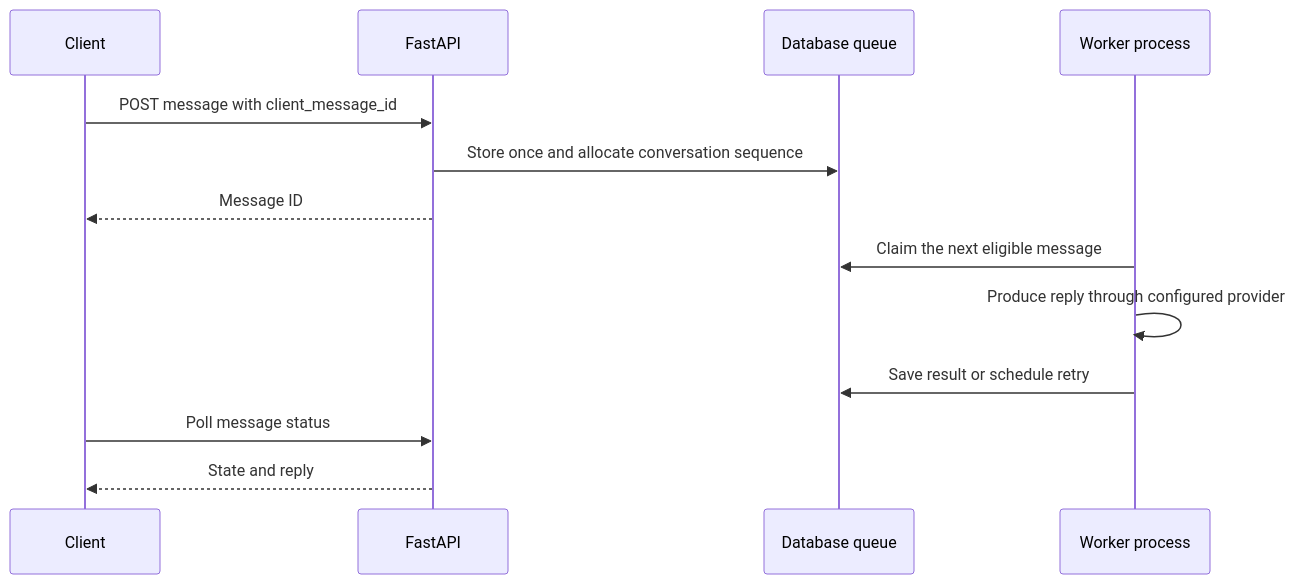
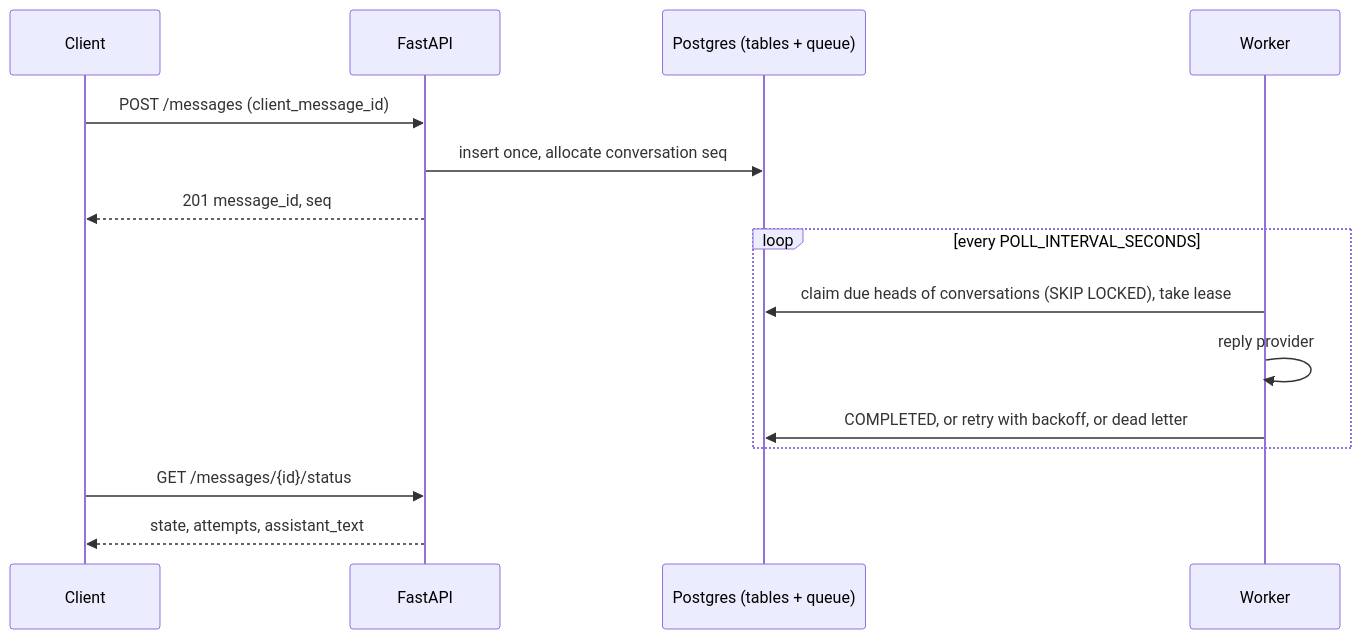
One commit to DevZoro-hub/async-message-intake changed the first of 2 diagrams in README.md. Above: the diagram before and after it, drawn with Mermaid. The commit also changed other lines of this file and 4 other files, not shown here.

````diff
--- a/README.md
+++ b/README.md
@@ -82,15 +21,17 @@
 ```mermaid
 sequenceDiagram
     participant C as Client
     participant API as FastAPI
-    participant DB as Database queue
-    participant W as Worker process
-    C->>API: POST message with client_message_id
-    API->>DB: Store once and allocate conversation sequence
-    API-->>C: Message ID
-    W->>DB: Claim the next eligible message
-    W->>W: Produce reply through configured provider
-    W->>DB: Save result or schedule retry
-    C->>API: Poll message status
-    API-->>C: State and reply
+    participant DB as Postgres (tables + queue)
+    participant W as Worker
+    C->>API: POST /messages (client_message_id)
+    API->>DB: insert once, allocate conversation seq
+    API-->>C: 201 message_id, seq
+    loop every POLL_INTERVAL_SECONDS
+        W->>DB: claim due heads of conversations (SKIP LOCKED), take lease
+        W->>W: reply provider
+        W->>DB: COMPLETED, or retry with backoff, or dead letter
+    end
+    C->>API: GET /messages/{id}/status
+    API-->>C: state, attempts, assistant_text
 ```
````
